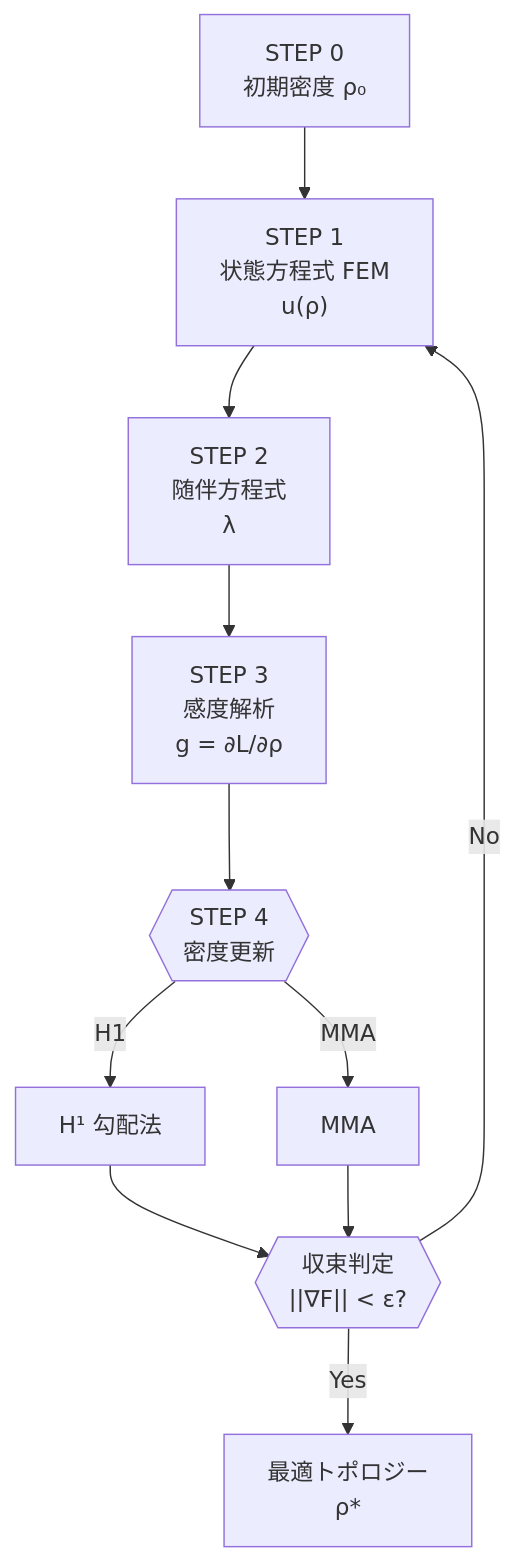
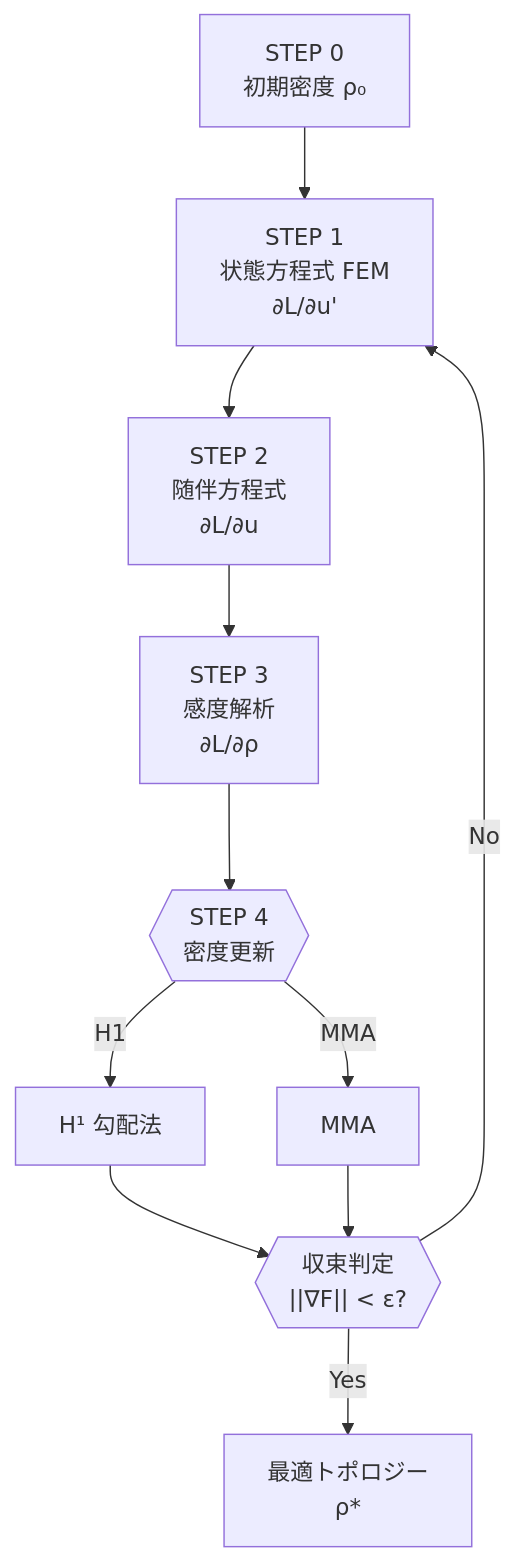
One commit to OHanabusa/topology_sample changed the diagram in README.md. Above: the diagram before and after it, drawn with Mermaid.

````diff
--- a/README.md
+++ b/README.md
@@ -45,16 +45,16 @@
 ```mermaid
 flowchart TD
-    A["STEP 0<br/>初期密度 ρ₀"] --> B["STEP 1<br/>状態方程式 FEM<br/>u(ρ)"]
-    B --> C["STEP 2<br/>随伴方程式<br/>λ"]
-    C --> D["STEP 3<br/>感度解析<br/>g = ∂L/∂ρ"]
+    A["STEP 0<br/>初期密度 ρ₀"] --> B["STEP 1<br/>状態方程式 FEM<br/>∂L/∂u'"]
+    B --> C["STEP 2<br/>随伴方程式<br/>∂L/∂u"]
+    C --> D["STEP 3<br/>感度解析<br/>∂L/∂ρ"]
     D --> E{{"STEP 4<br/>密度更新"}}
 
     %% ★ ラベル付きエッジはスペースを入れないこと！
     E -->|H1|F["H¹ 勾配法"]
     E -->|MMA|G["MMA"]
 
     F --> H{{"収束判定<br/>||∇F|| < ε?"}}
     G --> H
     H -- "No"  --> B
     H -- "Yes" --> I["最適トポロジー<br/>ρ*"]
 ```
````
